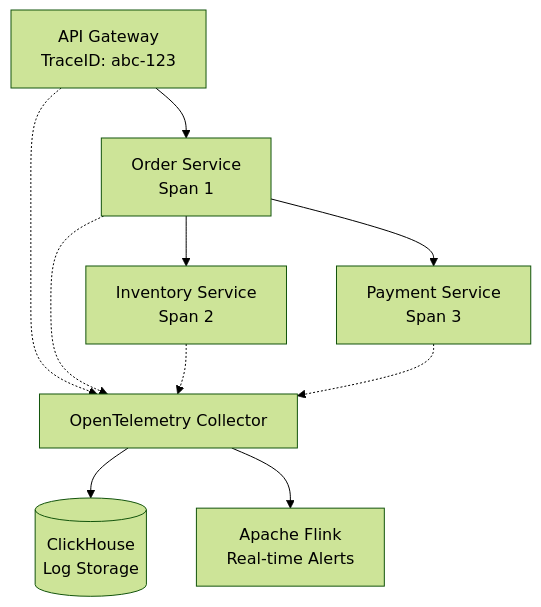
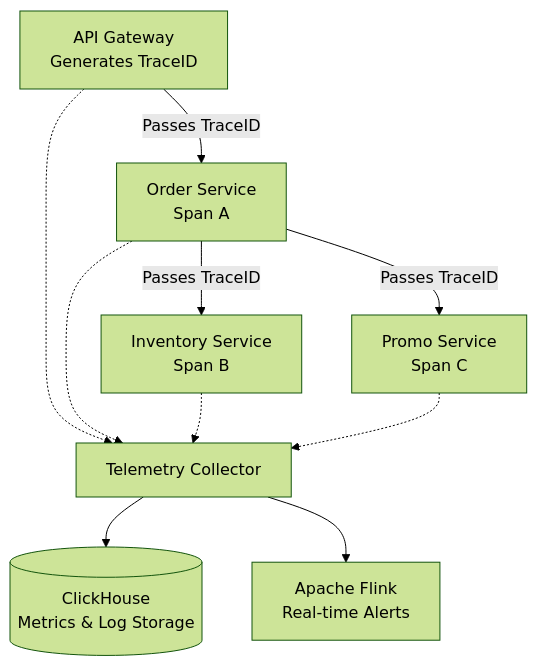
One commit to vesviet/vesviet changed the diagram in content/series/shopee-architecture/05-observability.md. Above: the diagram before and after it, drawn with Mermaid (forest theme). The commit also changed other lines of this file and 21 other files, not shown here.

````diff
--- a/content/series/shopee-architecture/05-observability.md
+++ b/content/series/shopee-architecture/05-observability.md
@@ -26,14 +29,14 @@
 ```mermaid
 graph TD
-    Gateway[API Gateway<br/>TraceID: abc-123] --> Order[Order Service<br/>Span 1]
-    Order --> Inventory[Inventory Service<br/>Span 2]
-    Order --> Payment[Payment Service<br/>Span 3]
+    Gateway[API Gateway<br/>Generates TraceID] -->|Passes TraceID| Order[Order Service<br/>Span A]
+    Order -->|Passes TraceID| Inventory[Inventory Service<br/>Span B]
+    Order -->|Passes TraceID| Promo[Promo Service<br/>Span C]
     
-    Gateway -.-> OTEL[OpenTelemetry Collector]
+    Gateway -.-> OTEL[Telemetry Collector]
     Order -.-> OTEL
     Inventory -.-> OTEL
-    Payment -.-> OTEL
+    Promo -.-> OTEL
     
-    OTEL --> ClickHouse[(ClickHouse<br/>Log Storage)]
+    OTEL --> ClickHouse[(ClickHouse<br/>Metrics & Log Storage)]
     OTEL --> Flink[Apache Flink<br/>Real-time Alerts]
 ```
````
